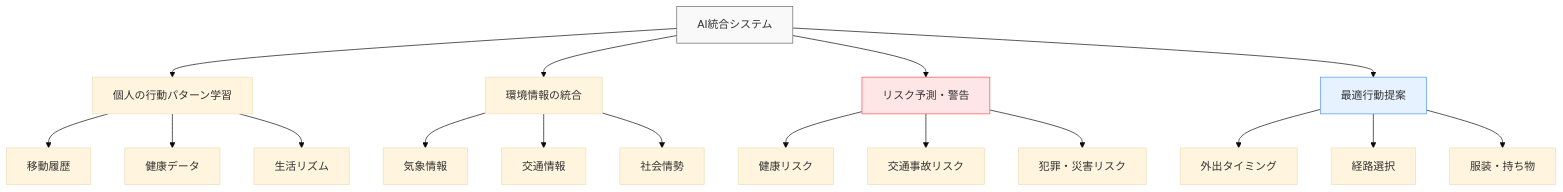
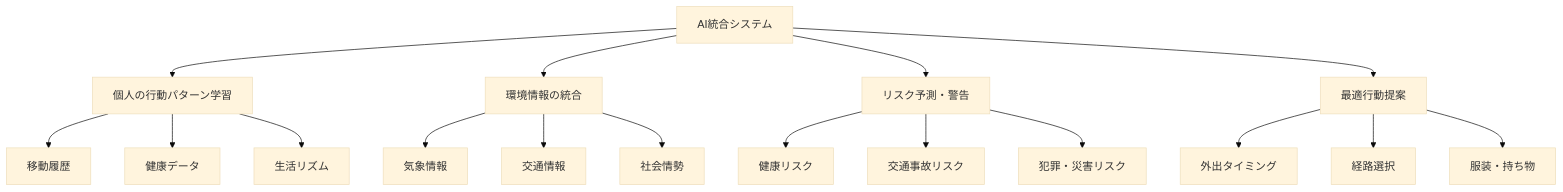
The tenth of 11 diagrams in docs/applications/daily-life.md (shuji-bonji/Situational-Awareness-and-Decision-Making), drawn with Mermaid (base theme) before and after one commit. The commit also changed other lines of this file and 49 other files, not shown here.

Commit message:
fix: ダークモードで見づらい図の色の変更

````diff
--- a/docs/applications/daily-life.md
+++ b/docs/applications/daily-life.md
@@ -716,27 +716,27 @@
 ```mermaid
 graph TD
     A[AI統合システム] --> B[個人の行動パターン学習]
     A --> C[環境情報の統合]
     A --> D[リスク予測・警告]
     A --> E[最適行動提案]
     
     B --> B1[移動履歴]
     B --> B2[健康データ]
     B --> B3[生活リズム]
     
     C --> C1[気象情報]
     C --> C2[交通情報]
     C --> C3[社会情勢]
     
     D --> D1[健康リスク]
     D --> D2[交通事故リスク]
     D --> D3[犯罪・災害リスク]
     
     E --> E1[外出タイミング]
     E --> E2[経路選択]
     E --> E3[服装・持ち物]
     
-    style A fill:#f9f9f9,stroke:#666
-    style D fill:#ffe6e6,stroke:#ff4d4d
-    style E fill:#e6f2ff,stroke:#4d94ff
+
+
+
 ```
````
